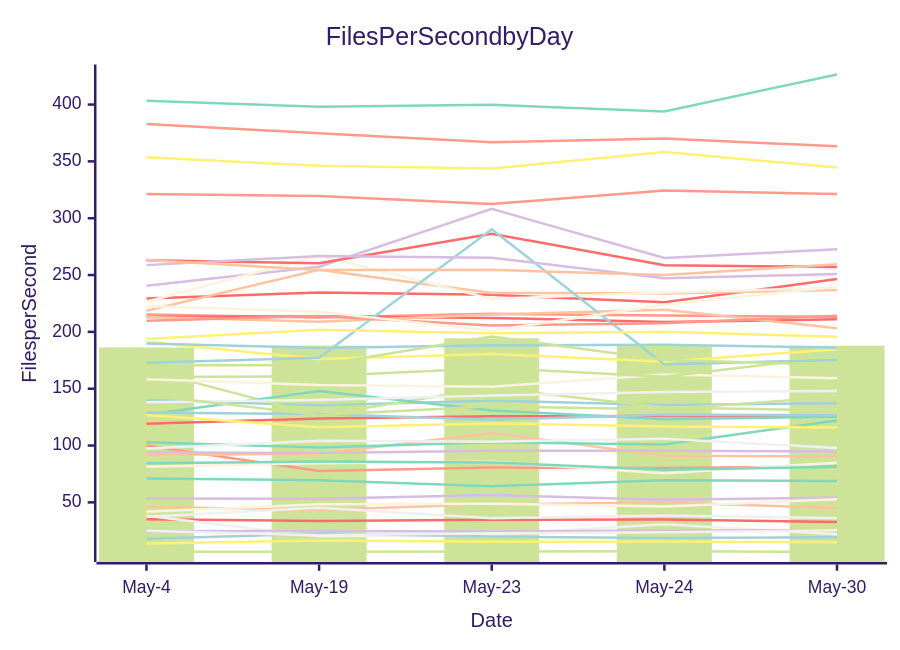
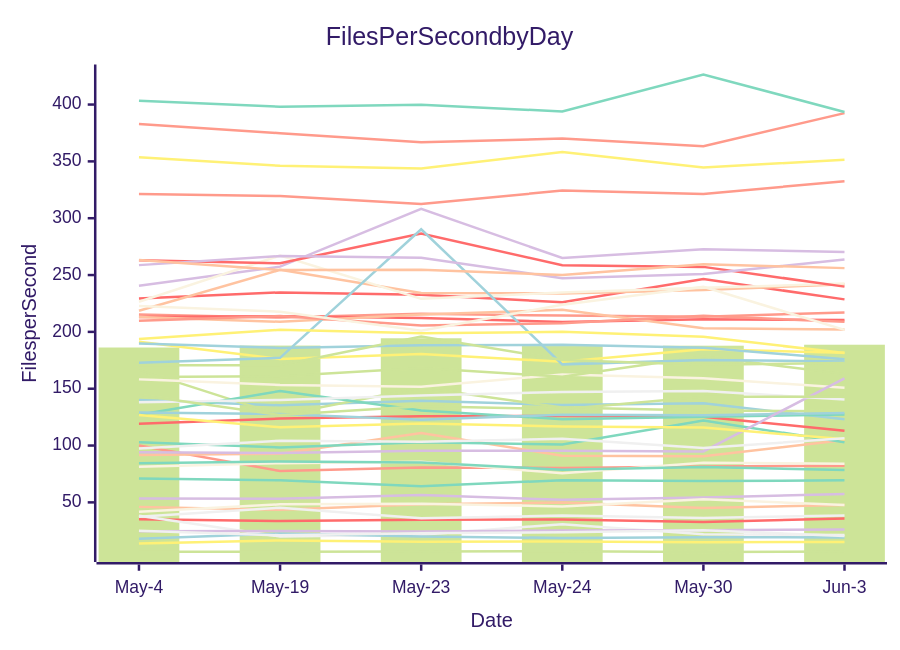
Before and after one commit to streetsidesoftware/cspell: the diagram in perf-report.md, drawn with Mermaid (forest theme). The commit also changed other lines of this file and 2 other files, not shown here.

````diff
--- a/perf-report.md
+++ b/perf-report.md
@@ -11,57 +11,57 @@
 ```mermaid
 xychart-beta
     title Files Per Second by Day
     y-axis Files per Second
-    x-axis Date [May-4, May-19, May-23, May-24, May-30]
-    bar [186.25, 187.94, 194.38, 187.53, 187.84]
-    line [35.07, 33.61, 34.69, 34.94, 32.78]
-    line [140.01, 135.42, 139.50, 135.65, 137.15]
-    line [53.38, 53.17, 56.48, 52.20, 54.24]
-    line [38.18, 20.00, 21.53, 30.85, 21.86]
-    line [46.04, 43.44, 48.37, 49.79, 45.03]
-    line [71.11, 69.47, 64.25, 69.53, 68.78]
-    line [100.08, 77.54, 80.59, 80.29, 81.53]
-    line [81.26, 84.52, 85.73, 75.59, 84.88]
-    line [191.37, 176.15, 180.59, 173.73, 184.72]
-    line [166.55, 126.61, 150.87, 133.44, 130.84]
-    line [119.17, 123.77, 125.73, 125.94, 125.35]
-    line [17.95, 22.53, 19.87, 18.72, 19.42]
-    line [24.56, 24.84, 24.48, 25.27, 25.51]
-    line [24.93, 21.05, 22.73, 23.64, 25.47]
-    line [91.75, 92.82, 111.10, 90.94, 90.56]
-    line [102.79, 98.35, 102.96, 100.96, 122.12]
-    line [382.99, 374.77, 366.83, 370.08, 363.31]
-    line [158.32, 153.28, 151.73, 162.52, 159.30]
-    line [13.72, 16.48, 15.39, 15.58, 14.86]
-    line [6.46, 6.48, 6.70, 7.10, 6.34]
-    line [229.32, 234.71, 232.57, 226.13, 246.49]
-    line [189.78, 185.86, 188.16, 188.58, 186.13]
-    line [240.52, 257.39, 308.24, 265.00, 272.73]
-    line [37.38, 45.35, 36.07, 38.42, 36.32]
-    line [218.55, 254.57, 234.26, 233.79, 236.78]
-    line [127.00, 147.92, 130.77, 123.22, 125.33]
-    line [215.39, 212.55, 215.84, 214.38, 213.29]
-    line [226.51, 267.13, 229.05, 234.58, 238.79]
-    line [353.58, 346.15, 343.69, 358.26, 344.65]
-    line [160.29, 160.94, 168.26, 160.60, 178.51]
-    line [213.17, 213.72, 212.23, 208.69, 211.05]
-    line [129.13, 127.71, 122.71, 127.15, 126.61]
-    line [94.12, 93.35, 95.34, 95.32, 94.79]
-    line [138.03, 140.07, 144.01, 147.15, 148.03]
-    line [213.15, 208.87, 215.23, 219.43, 203.27]
-    line [84.38, 85.95, 85.08, 78.77, 81.14]
-    line [321.24, 319.57, 312.48, 324.31, 321.30]
-    line [41.81, 48.29, 48.86, 46.46, 52.80]
-    line [126.81, 116.06, 119.43, 116.84, 115.92]
-    line [144.52, 126.78, 134.48, 131.99, 142.83]
-    line [263.11, 260.36, 286.42, 258.60, 257.18]
-    line [172.93, 177.15, 290.28, 171.42, 175.26]
-    line [258.73, 266.74, 265.26, 247.18, 250.86]
-    line [97.37, 104.19, 103.43, 105.92, 97.87]
-    line [263.28, 254.35, 254.61, 250.00, 259.58]
-    line [403.25, 398.12, 399.78, 393.93, 426.44]
-    line [209.84, 213.89, 205.67, 207.63, 214.21]
-    line [222.86, 217.73, 200.96, 223.84, 239.63]
-    line [193.68, 201.86, 198.76, 200.08, 195.61]
-    line [170.59, 170.67, 195.94, 175.36, 171.10]
+    x-axis Date [May-4, May-19, May-23, May-24, May-30, Jun-3]
+    bar [186.25, 187.94, 194.38, 187.53, 187.84, 188.70]
+    line [35.07, 33.61, 34.69, 34.94, 32.78, 35.79]
+    line [140.01, 135.42, 139.50, 135.65, 137.15, 123.09]
+    line [53.38, 53.17, 56.48, 52.20, 54.24, 57.32]
+    line [38.18, 20.00, 21.53, 30.85, 21.86, 21.33]
+    line [46.04, 43.44, 48.37, 49.79, 45.03, 47.69]
+    line [71.11, 69.47, 64.25, 69.53, 68.78, 69.37]
+    line [100.08, 77.54, 80.59, 80.29, 81.53, 82.29]
+    line [81.26, 84.52, 85.73, 75.59, 84.88, 83.99]
+    line [191.37, 176.15, 180.59, 173.73, 184.72, 181.71]
+    line [166.55, 126.61, 150.87, 133.44, 130.84, 130.22]
+    line [119.17, 123.77, 125.73, 125.94, 125.35, 112.95]
+    line [17.95, 22.53, 19.87, 18.72, 19.42, 19.15]
+    line [24.56, 24.84, 24.48, 25.27, 25.51, 26.21]
+    line [24.93, 21.05, 22.73, 23.64, 25.47, 20.39]
+    line [91.75, 92.82, 111.10, 90.94, 90.56, 104.84]
+    line [102.79, 98.35, 102.96, 100.96, 122.12, 102.88]
+    line [382.99, 374.77, 366.83, 370.08, 363.31, 392.45]
+    line [158.32, 153.28, 151.73, 162.52, 159.30, 150.77]
+    line [13.72, 16.48, 15.39, 15.58, 14.86, 15.18]
+    line [6.46, 6.48, 6.70, 7.10, 6.34, 6.74]
+    line [229.32, 234.71, 232.57, 226.13, 246.49, 228.60]
+    line [189.78, 185.86, 188.16, 188.58, 186.13, 176.02]
+    line [240.52, 257.39, 308.24, 265.00, 272.73, 270.27]
+    line [37.38, 45.35, 36.07, 38.42, 36.32, 38.54]
+    line [218.55, 254.57, 234.26, 233.79, 236.78, 241.94]
+    line [127.00, 147.92, 130.77, 123.22, 125.33, 127.25]
+    line [215.39, 212.55, 215.84, 214.38, 213.29, 217.13]
+    line [226.51, 267.13, 229.05, 234.58, 238.79, 242.50]
+    line [353.58, 346.15, 343.69, 358.26, 344.65, 351.41]
+    line [160.29, 160.94, 168.26, 160.60, 178.51, 162.97]
+    line [213.17, 213.72, 212.23, 208.69, 211.05, 210.52]
+    line [129.13, 127.71, 122.71, 127.15, 126.61, 128.67]
+    line [94.12, 93.35, 95.34, 95.32, 94.79, 159.13]
+    line [138.03, 140.07, 144.01, 147.15, 148.03, 140.54]
+    line [213.15, 208.87, 215.23, 219.43, 203.27, 201.99]
+    line [84.38, 85.95, 85.08, 78.77, 81.14, 78.40]
+    line [321.24, 319.57, 312.48, 324.31, 321.30, 332.58]
+    line [41.81, 48.29, 48.86, 46.46, 52.80, 47.62]
+    line [126.81, 116.06, 119.43, 116.84, 115.92, 105.51]
+    line [144.52, 126.78, 134.48, 131.99, 142.83, 143.00]
+    line [263.11, 260.36, 286.42, 258.60, 257.18, 239.81]
+    line [172.93, 177.15, 290.28, 171.42, 175.26, 173.98]
+    line [258.73, 266.74, 265.26, 247.18, 250.86, 263.73]
+    line [97.37, 104.19, 103.43, 105.92, 97.87, 106.45]
+    line [263.28, 254.35, 254.61, 250.00, 259.58, 256.09]
+    line [403.25, 398.12, 399.78, 393.93, 426.44, 393.52]
+    line [209.84, 213.89, 205.67, 207.63, 214.21, 208.82]
+    line [222.86, 217.73, 200.96, 223.84, 239.63, 201.75]
+    line [193.68, 201.86, 198.76, 200.08, 195.61, 181.39]
+    line [170.59, 170.67, 195.94, 175.36, 171.10, 172.66]
 ```
````
